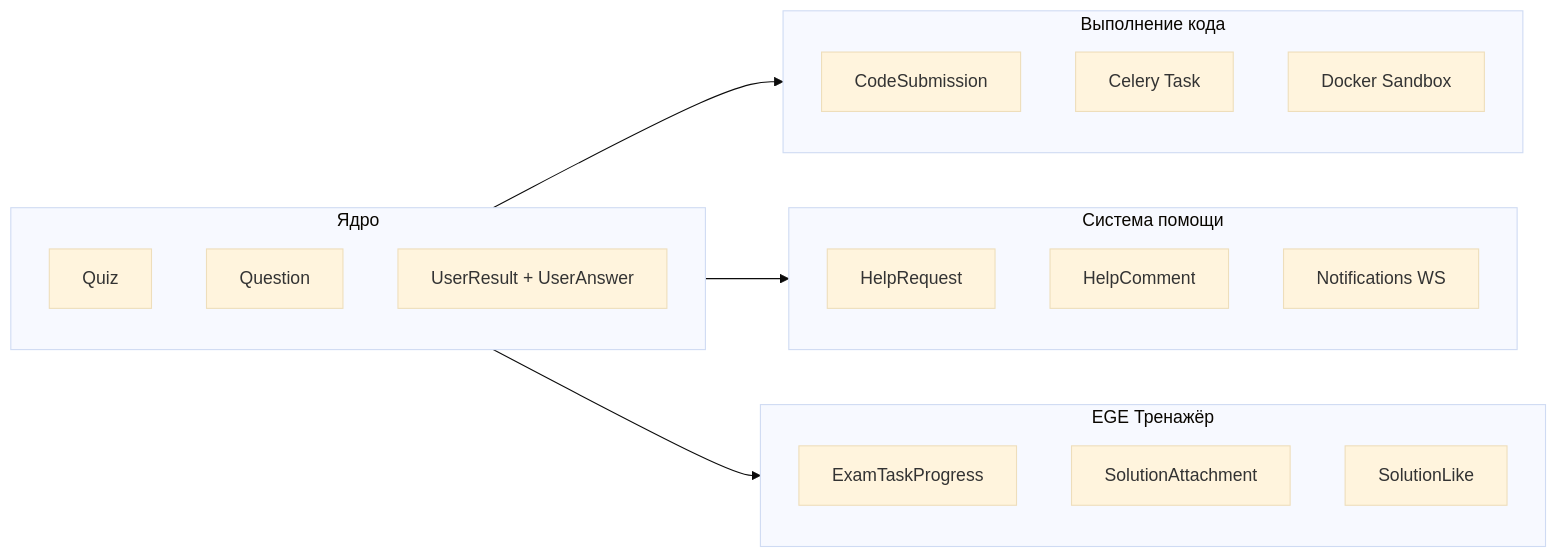
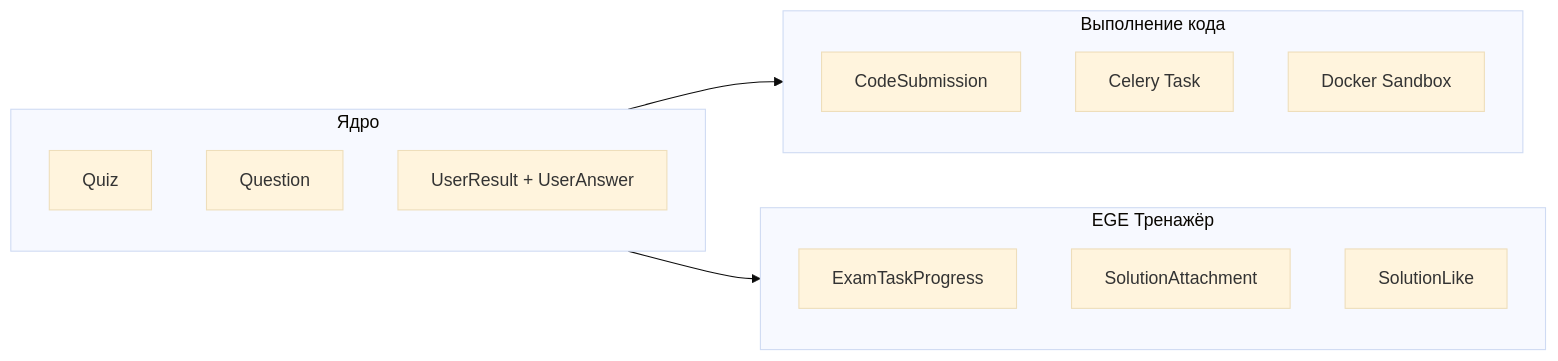
One commit to Kirill2517nv/SiteAboutMe changed the second of 2 diagrams in docs/architecture/apps.md. Above: the diagram before and after it, drawn with Mermaid (base theme). The commit also changed other lines of this file and 103 other files, not shown here.

````diff
--- a/docs/architecture/apps.md
+++ b/docs/architecture/apps.md
@@ -96,30 +95,23 @@
 ```mermaid
 graph LR
     subgraph Core["Ядро"]
         QUIZ[Quiz]
         QUESTION[Question]
         RESULT[UserResult + UserAnswer]
     end
 
     subgraph CodeExec["Выполнение кода"]
         SUBMISSION[CodeSubmission]
         TASK[Celery Task]
         DOCKER[Docker Sandbox]
     end
 
-    subgraph Help["Система помощи"]
-        REQUEST[HelpRequest]
-        COMMENT[HelpComment]
-        NOTIFY[Notifications WS]
-    end
-
     subgraph EGE["EGE Тренажёр"]
         PROGRESS[ExamTaskProgress]
         SOLUTION[SolutionAttachment]
         LIKE[SolutionLike]
     end
 
     Core --> CodeExec
-    Core --> Help
     Core --> EGE
 ```
````
